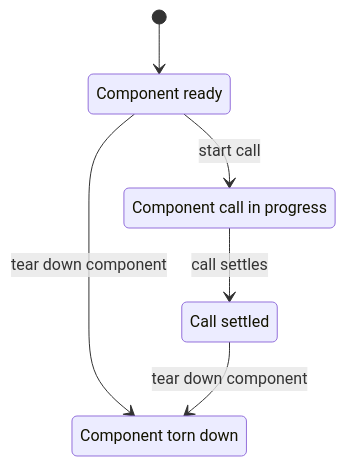
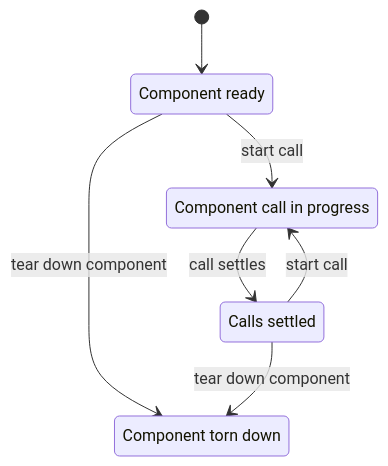
One commit to Hobo-Labs/HoBo changed the third of 3 diagrams in packages/runtimes/runtime-local/README.md. Above: the diagram before and after it, drawn with Mermaid. The commit also changed other lines of this file and 1 other file, not shown here.

Commit message:
Exercise overlapping component calls

````diff
--- a/packages/runtimes/runtime-local/README.md
+++ b/packages/runtimes/runtime-local/README.md
@@ -86,12 +86,13 @@
 ```mermaid
 stateDiagram-v2
   s0: Component ready
   s1: Component torn down
   s2: Component call in progress
-  s3: Call settled
+  s3: Calls settled
   [*] --> s0
   s0 --> s1: tear down component
   s0 --> s2: start call
   s2 --> s3: call settles
   s3 --> s1: tear down component
+  s3 --> s2: start call
 ```
````
